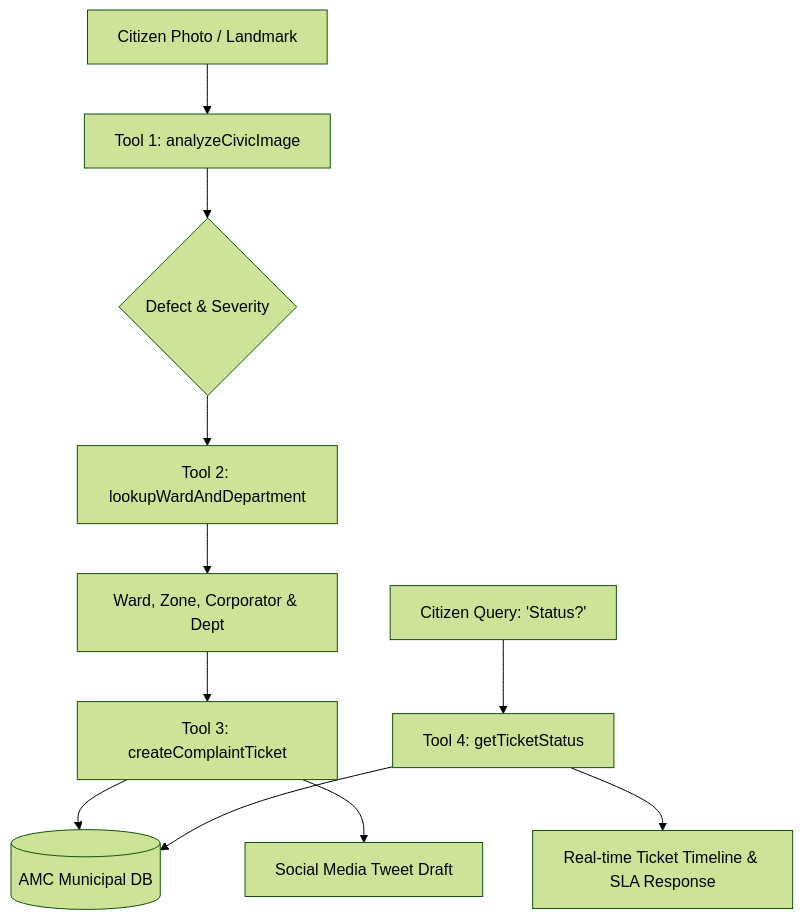
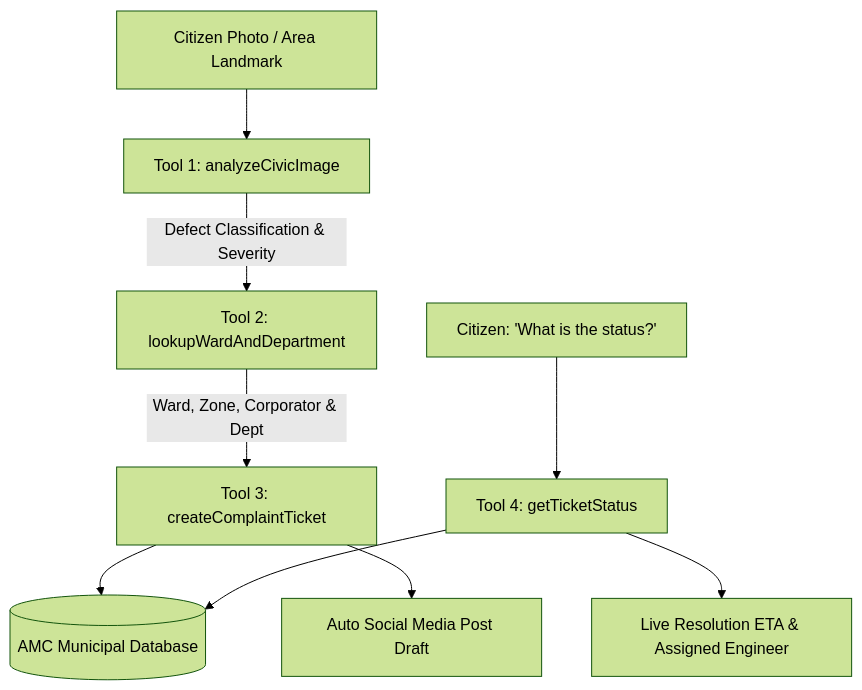
The diagram in README.md (Ansh250506/civiclens-agent), drawn with Mermaid (forest theme) before and after one commit. The commit also changed other lines of this file, not shown here.

````diff
--- a/README.md
+++ b/README.md
@@ -35,14 +30,12 @@
 ```mermaid
 flowchart TD
-    A[Citizen Photo / Landmark] --> B[Tool 1: analyzeCivicImage]
-    B --> C{Defect & Severity}
-    C --> D[Tool 2: lookupWardAndDepartment]
-    D --> E[Ward, Zone, Corporator & Dept]
-    E --> F[Tool 3: createComplaintTicket]
-    F --> G[(AMC Municipal DB)]
-    F --> H[Social Media Tweet Draft]
+    A[Citizen Photo / Area Landmark] --> B[Tool 1: analyzeCivicImage]
+    B -->|Defect Classification & Severity| C[Tool 2: lookupWardAndDepartment]
+    C -->|Ward, Zone, Corporator & Dept| D[Tool 3: createComplaintTicket]
+    D --> E[(AMC Municipal Database)]
+    D --> F[Auto Social Media Post Draft]
     
-    I[Citizen Query: 'Status?'] --> J[Tool 4: getTicketStatus]
-    J --> G
-    J --> K[Real-time Ticket Timeline & SLA Response]
+    G[Citizen: 'What is the status?'] --> H[Tool 4: getTicketStatus]
+    H --> E
+    H --> I[Live Resolution ETA & Assigned Engineer]
 ```
````
